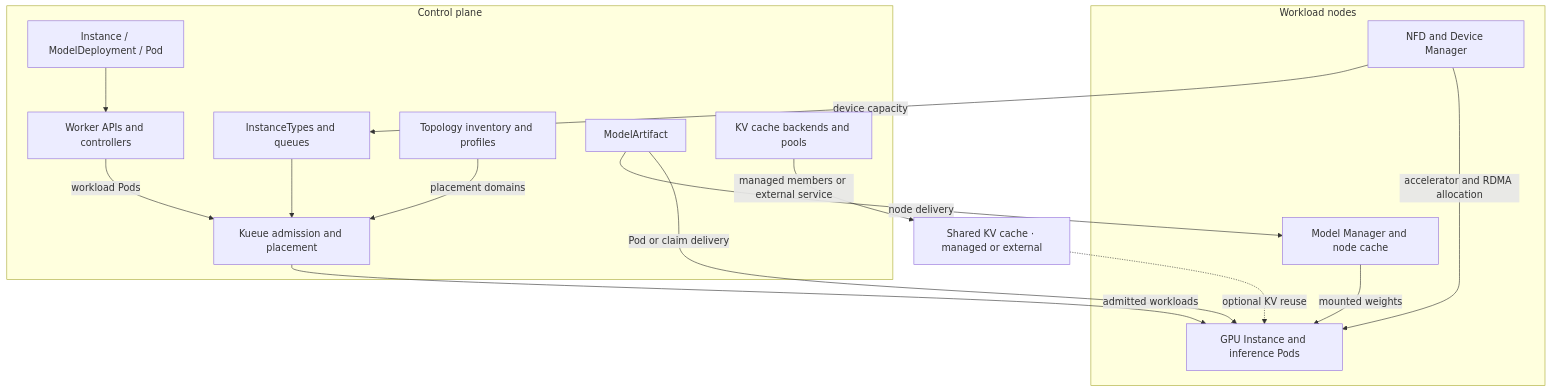
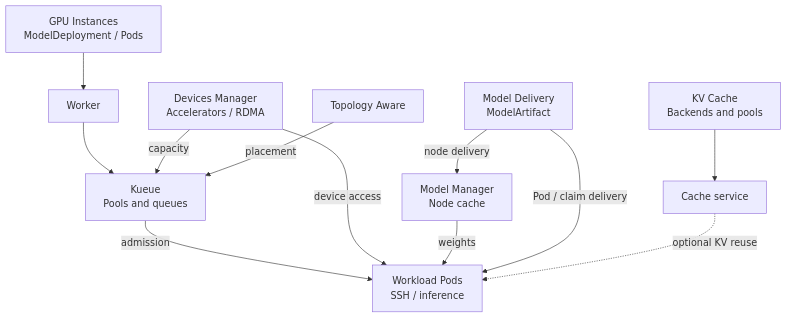
Before and after one commit to gpustack/gpustack-operator: the diagram in docs/getting-started/architecture.md, drawn with Mermaid. The commit also changed other lines of this file and 55 other files, not shown here.

````diff
--- a/docs/getting-started/architecture.md
+++ b/docs/getting-started/architecture.md
@@ -40,32 +40,25 @@
 ```mermaid
 flowchart TB
-    subgraph control["Control plane"]
-        REQUEST["Instance / ModelDeployment / Pod"]
-        WORKER["Worker APIs and controllers"]
-        QUEUES["InstanceTypes and queues"]
-        KUEUE["Kueue admission and placement"]
-        TOPOLOGY["Topology inventory and profiles"]
-        ARTIFACT["ModelArtifact"]
-        CACHE["KV cache backends and pools"]
-    end
+    REQUEST["GPU Instances<br/>ModelDeployment / Pods"]
+    WORKER["Worker"]
+    DEVICES["Devices Manager<br/>Accelerators / RDMA"]
+    TOPOLOGY["Topology Aware"]
+    QUEUES["Kueue<br/>Pools and queues"]
+    ARTIFACT["Model Delivery<br/>ModelArtifact"]
+    MODELS["Model Manager<br/>Node cache"]
+    CACHE["KV Cache<br/>Backends and pools"]
+    STORE["Cache service"]
+    PODS["Workload Pods<br/>SSH / inference"]
 
-    subgraph nodes["Workload nodes"]
-        DISCOVERY["NFD and Device Manager"]
-        MODELS["Model Manager and node cache"]
-        PODS["GPU Instance and inference Pods"]
-    end
-
-    STORE["Shared KV cache · managed or external"]
     REQUEST --> WORKER
-    DISCOVERY -- "device capacity" --> QUEUES
-    WORKER -- "workload Pods" --> KUEUE
-    QUEUES --> KUEUE
-    TOPOLOGY -- "placement domains" --> KUEUE
-    KUEUE -- "admitted workloads" --> PODS
-    DISCOVERY -- "accelerator and RDMA allocation" --> PODS
+    WORKER --> QUEUES
+    DEVICES -- "capacity" --> QUEUES
+    TOPOLOGY -- "placement" --> QUEUES
+    QUEUES -- "admission" --> PODS
+    DEVICES -- "device access" --> PODS
     ARTIFACT -- "node delivery" --> MODELS
-    MODELS -- "mounted weights" --> PODS
-    ARTIFACT -- "Pod or claim delivery" --> PODS
-    CACHE -- "managed members or external service" --> STORE
+    MODELS -- "weights" --> PODS
+    ARTIFACT -- "Pod / claim delivery" --> PODS
+    CACHE --> STORE
     STORE -. "optional KV reuse" .-> PODS
 ```
````
